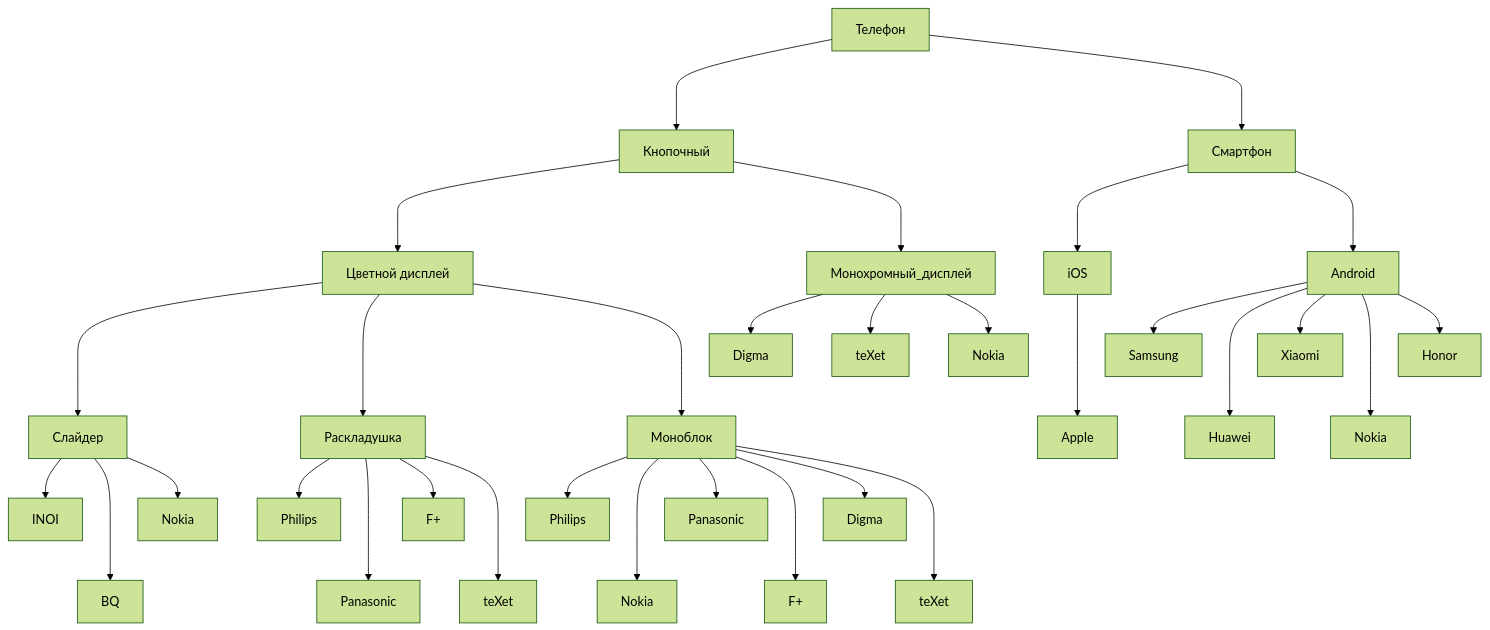
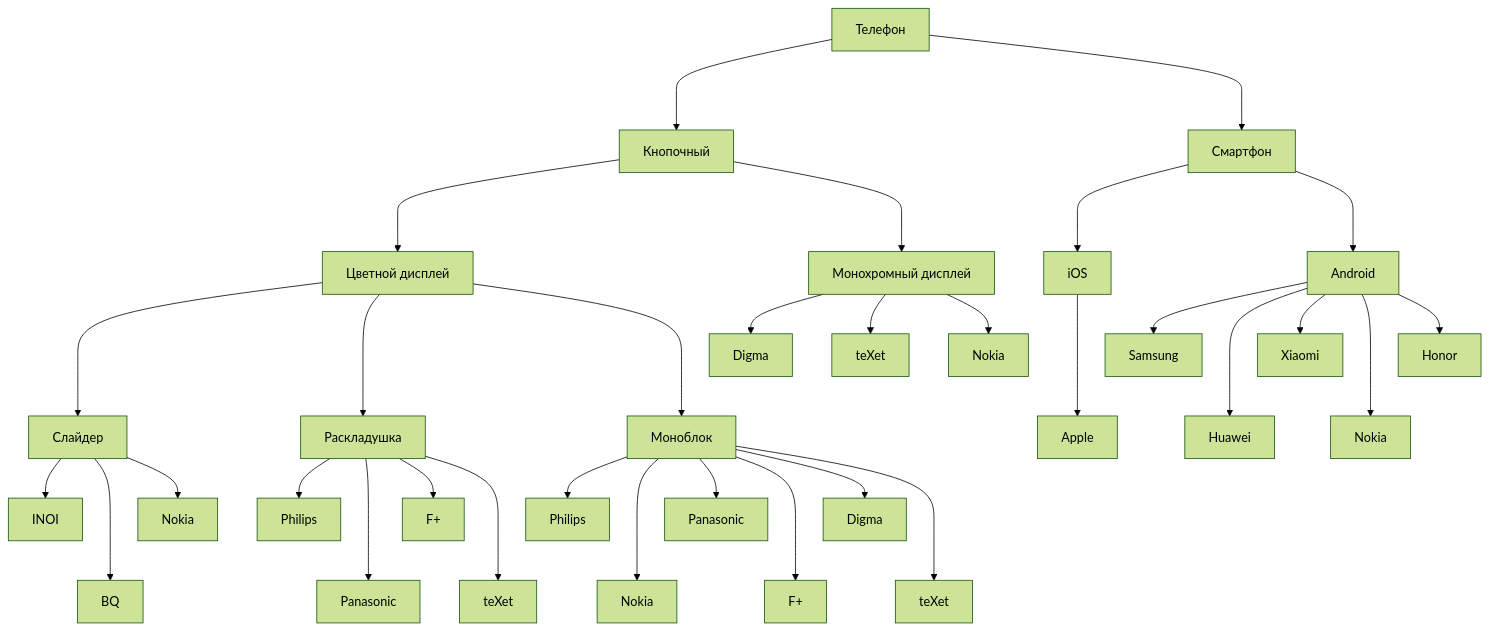
Before and after one commit to Bryanskaya/AISystems: the diagram in lab_01/tree.md, drawn with Mermaid (forest theme).

Commit message:
Add: some convinient format

````diff
--- a/lab_01/tree.md
+++ b/lab_01/tree.md
@@ -1,43 +1,43 @@
 ```mermaid
 flowchart TD
 Телефон ---> Кнопочный
 Телефон ---> Смартфон
 
 Кнопочный ---> ЦД[Цветной дисплей]
-Кнопочный ---> Монохромный_дисплей
+Кнопочный ---> МД[Монохромный дисплей]
 
-Монохромный_дисплей --> monoh_digma[Digma]
-Монохромный_дисплей --> monoh_teXet[teXet]
-Монохромный_дисплей --> monoh_nokia[Nokia]
+МД --> monoh_digma[Digma]
+МД --> monoh_teXet[teXet]
+МД --> monoh_nokia[Nokia]
 
 ЦД ---> Слайдер
 ЦД ---> Раскладушка
 ЦД ---> Моноблок
 
 Слайдер --> slider_inoi[INOI]
 Слайдер ---> slider_bq[BQ]
 Слайдер --> slider_nokia[Nokia]
 
 Раскладушка --> clam_philips[Philips]
 Раскладушка ---> clam_panasonic[Panasonic]
 Раскладушка --> clam_f_plus[F+]
 Раскладушка ---> clam_texet[teXet]
 
 Моноблок --> monon_philips[Philips]
 Моноблок ---> mono_nokia[Nokia]
 Моноблок --> mono_panasonic[Panasonic]
 Моноблок ---> mono_f_plus[F+]
 Моноблок --> mono_digma[Digma]
 Моноблок ---> mono_texet[teXet]
 
 Смартфон ---> iOS
 Смартфон ---> Android
 
 iOS ---> Apple
 
 Android --> Samsung
 Android ---> Huawei
 Android --> Xiaomi
 Android ---> Nokia
 Android --> Honor
 ```
````
